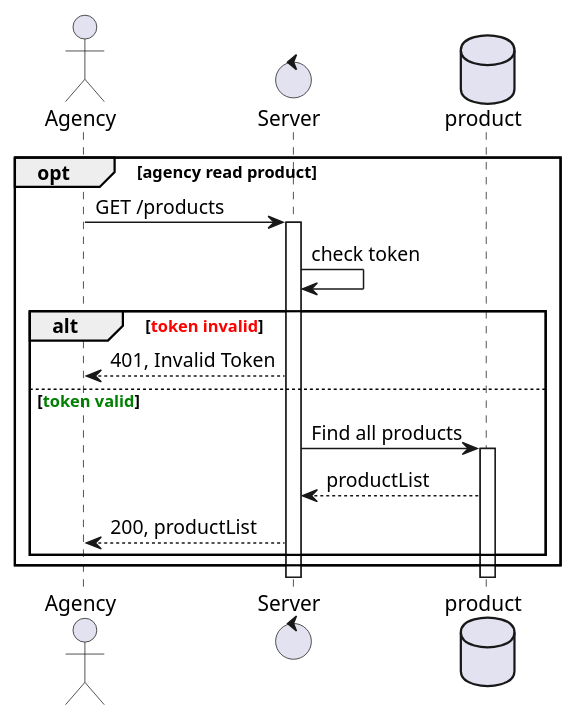
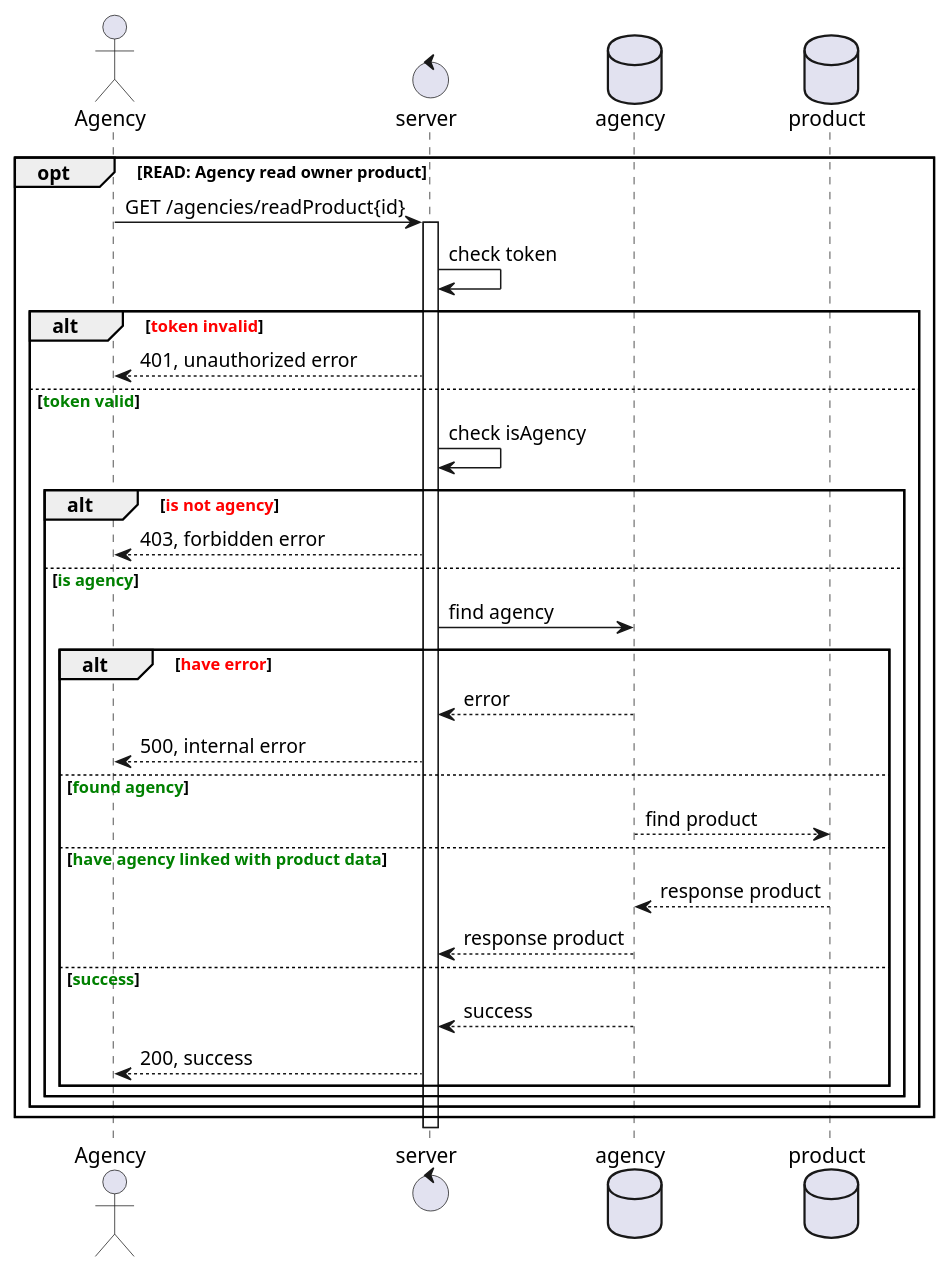
The diagram in e-commercial/docs/sequence-diagram/agency/readProduct.plantuml (vuhoanganh1821/Backend_Test), drawn with PlantUML before and after one commit. The commit also changed 20 other files, not shown here.

Commit message:
BE-04 | improve sequence diagram

```diff
--- a/e-commercial/docs/sequence-diagram/agency/readProduct.plantuml
+++ b/e-commercial/docs/sequence-diagram/agency/readProduct.plantuml
@@ -1,23 +1,39 @@
-@startuml agency read of owner product
+@startuml read owner product agency sequence
 
 
-actor Agency
-control Server
+actor Agency 
+control server
+database agency
 database product
 
-opt agency read product
-  Agency -> Server: GET /products
-  activate Server
-  Server -> Server: check token
-  alt <font color="Red">token invalid</font>
-    Agency <-- Server: 401, Invalid Token
-  else <font color="Green">token valid</font>
-    Server -> product: Find all products
-    activate product
-    Server <-- product: productList
-    Agency <-- Server: 200, productList
+opt READ: Agency read owner product
+  Agency -> server: GET /agencies/readProduct{id}
+  activate server
+  server -> server: check token
+  alt <font color=red>token invalid</font>
+    server --> Agency: 401, unauthorized error
+  else <font color=green>token valid</font>
+    server -> server: check isAgency
+    alt <font color=red>is not agency</font>
+      server --> Agency: 403, forbidden error
+    else <font color=green>is agency</font>
+      server -> agency: find agency
+      alt <font color=red>have error</font>
+        agency --> server: error
+        server --> Agency: 500, internal error
+      else <font color=green>found agency</font>
+        agency --> product: find product
+      else <font color=green>have agency linked with product data</font>
+          product --> agency: response product
+          agency --> server: response product
+      else <font color=green>success</font>
+          agency --> server: success
+          server --> Agency: 200, success
+        end
+      end
+    end
   end
-end
+    deactivate server
 
 
 @enduml
```
